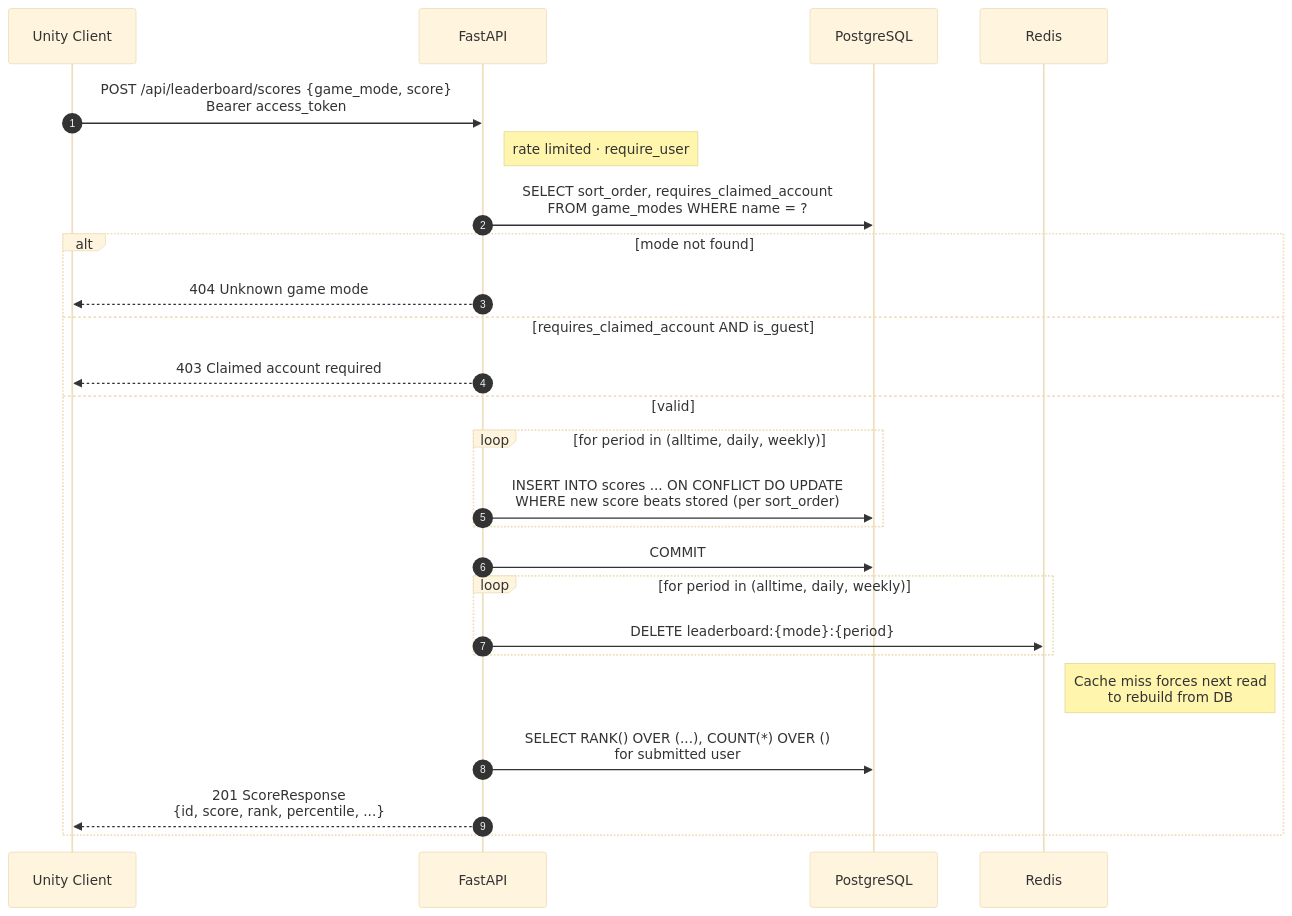
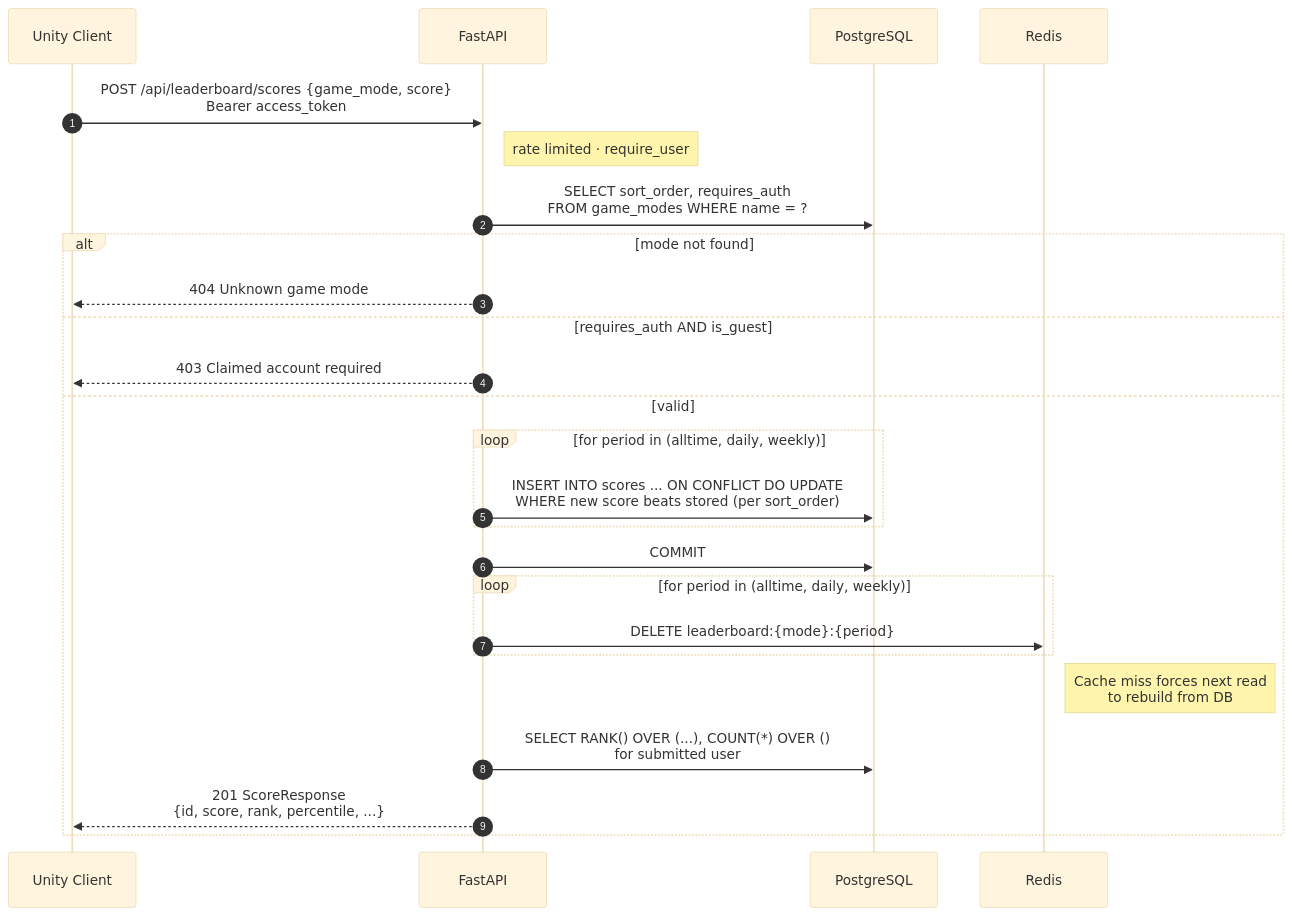
The fourth of 4 diagrams in README.md (EricMay256/HighScoreServer), drawn with Mermaid (base theme) before and after one commit.

````diff
--- a/README.md
+++ b/README.md
@@ -291,27 +291,27 @@
 ```mermaid
 sequenceDiagram
     autonumber
     participant U as Unity Client
     participant API as FastAPI
     participant DB as PostgreSQL
     participant R as Redis
     U->>API: POST /api/leaderboard/scores {game_mode, score}<br/>Bearer access_token
     Note right of API: rate limited · require_user
-    API->>DB: SELECT sort_order, requires_claimed_account<br/>FROM game_modes WHERE name = ?
+    API->>DB: SELECT sort_order, requires_auth<br/>FROM game_modes WHERE name = ?
     alt mode not found
         API-->>U: 404 Unknown game mode
-    else requires_claimed_account AND is_guest
+    else requires_auth AND is_guest
         API-->>U: 403 Claimed account required
     else valid
         loop for period in (alltime, daily, weekly)
             API->>DB: INSERT INTO scores ... ON CONFLICT DO UPDATE<br/>WHERE new score beats stored (per sort_order)
         end
         API->>DB: COMMIT
         loop for period in (alltime, daily, weekly)
             API->>R: DELETE leaderboard:{mode}:{period}
         end
         Note right of R: Cache miss forces next read<br/>to rebuild from DB
         API->>DB: SELECT RANK() OVER (...), COUNT(*) OVER ()<br/>for submitted user
         API-->>U: 201 ScoreResponse<br/>{id, score, rank, percentile, ...}
     end
 ```
````
